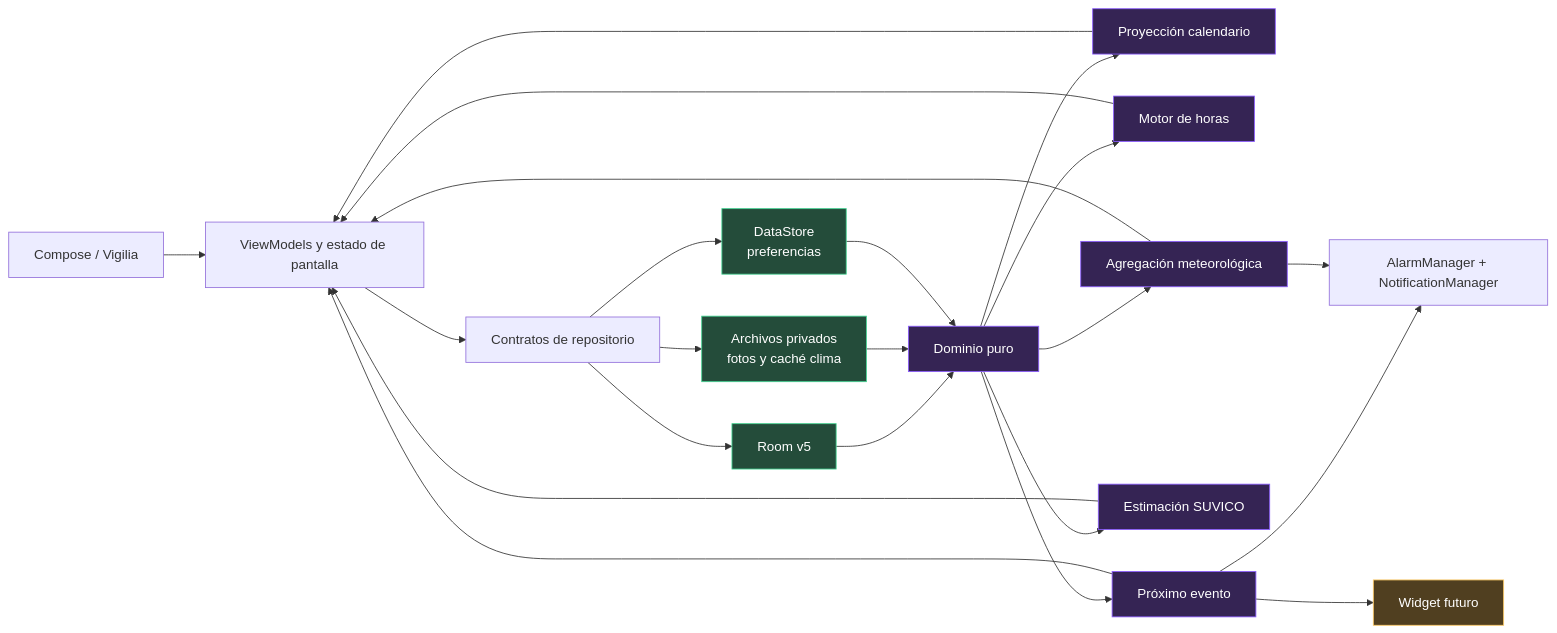
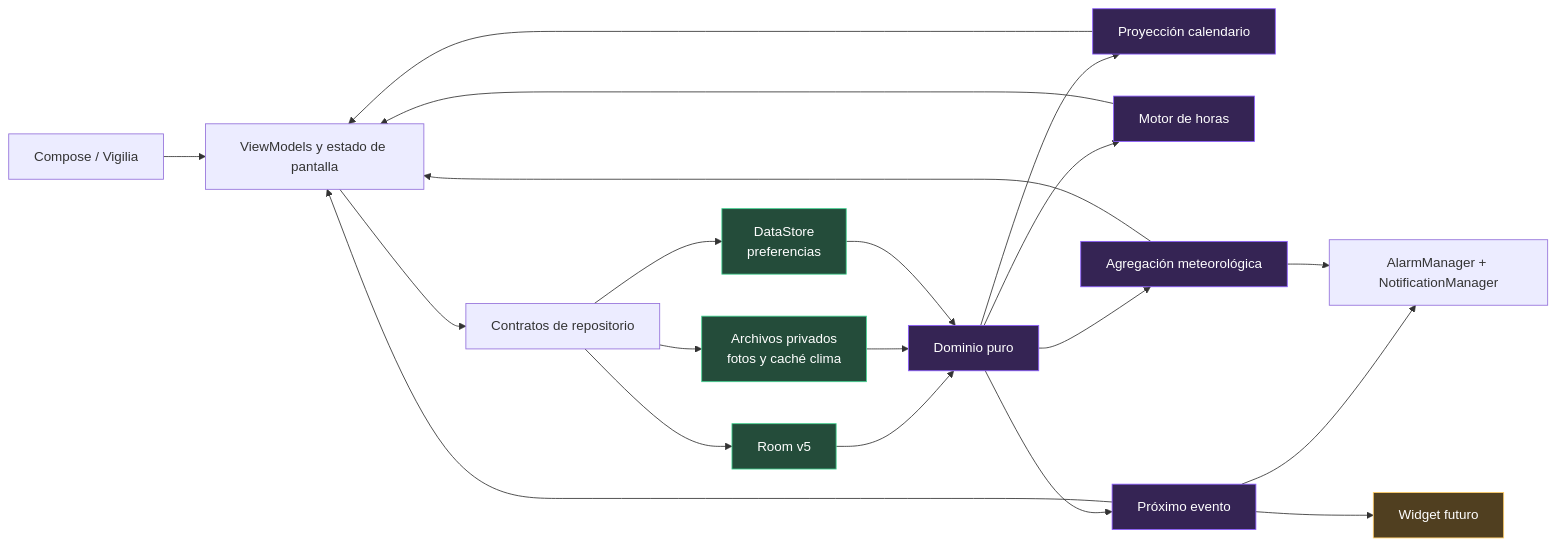
One commit to blackat-systems/MiGuardia changed the third of 4 diagrams in docs/PROMPT_MAESTRO_PAUSA_REVISION_Y_REANUDACION.md. Above: the diagram before and after it, drawn with Mermaid. The commit also changed other lines of this file and 50 other files, not shown here.

Commit message:
docs: activate MiGuardia 2.0 implementation roadmap

````diff
--- a/docs/PROMPT_MAESTRO_PAUSA_REVISION_Y_REANUDACION.md
+++ b/docs/PROMPT_MAESTRO_PAUSA_REVISION_Y_REANUDACION.md
@@ -478,35 +474,33 @@
 ```mermaid
 flowchart LR
     UI["Compose / Vigilia"] --> VM["ViewModels y estado de pantalla"]
     VM --> REPO["Contratos de repositorio"]
     REPO --> ROOM["Room v5"]
     REPO --> FILES["Archivos privados<br/>fotos y caché clima"]
     REPO --> PREFS["DataStore<br/>preferencias"]
 
     ROOM --> DOMAIN["Dominio puro"]
     FILES --> DOMAIN
     PREFS --> DOMAIN
 
     DOMAIN --> CAL["Proyección calendario"]
     DOMAIN --> HOURS["Motor de horas"]
     DOMAIN --> NEXT["Próximo evento"]
-    DOMAIN --> PAY["Estimación SUVICO"]
     DOMAIN --> WEATHER["Agregación meteorológica"]
 
     CAL --> VM
     HOURS --> VM
     NEXT --> VM
-    PAY --> VM
     WEATHER --> VM
 
     NEXT --> NOTI["AlarmManager + NotificationManager"]
     NEXT --> WIDGET["Widget futuro"]
     WEATHER --> NOTI
 
     classDef durable fill:#244c3a,stroke:#42d392,color:#fff;
     classDef logic fill:#352454,stroke:#8b5cff,color:#fff;
     classDef future fill:#503f20,stroke:#ffcc66,color:#fff;
     class ROOM,FILES,PREFS durable;
     class DOMAIN,CAL,HOURS,NEXT,PAY,WEATHER logic;
     class WIDGET future;
 ```
````
